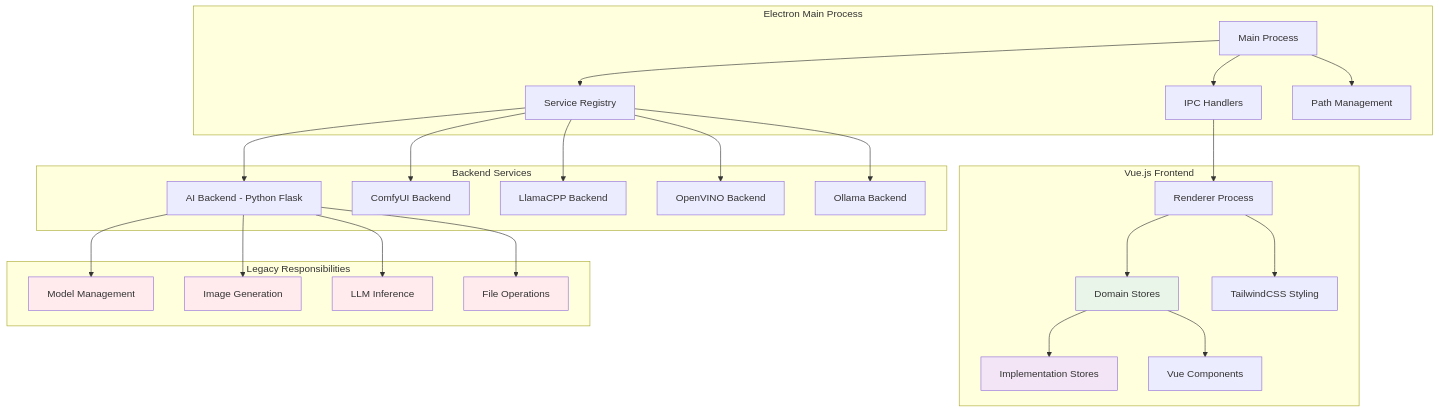
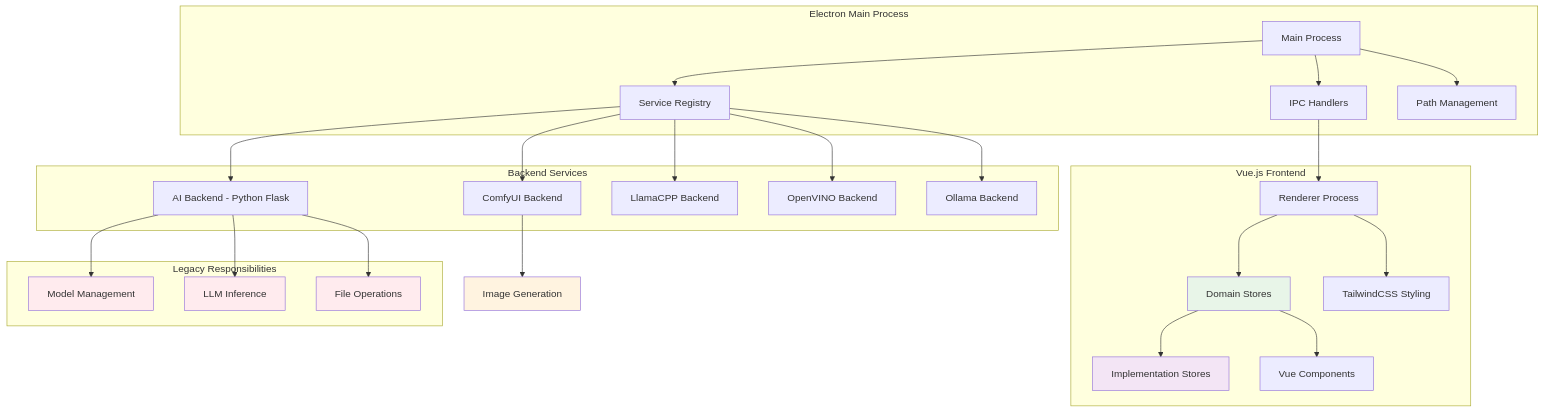
Before and after one commit to intel/AI-Playground: the first of 8 diagrams in AGENTS.md, drawn with Mermaid. The commit also changed other lines of this file and 358 other files, not shown here.

````diff
--- a/AGENTS.md
+++ b/AGENTS.md
@@ -28,59 +28,58 @@
 ```mermaid
 graph TB
     subgraph "Electron Main Process"
         A[Main Process]
         A1[IPC Handlers]
         A2[Service Registry]
         A3[Path Management]
     end
     
     subgraph "Vue.js Frontend"
         B[Renderer Process]
         B1[Domain Stores]
         B2[Implementation Stores]
         B3[Vue Components]
         B4[TailwindCSS Styling]
     end
     
     subgraph "Backend Services"
         C[AI Backend - Python Flask]
         D[ComfyUI Backend]
         E[LlamaCPP Backend]
         F[OpenVINO Backend]
         G[Ollama Backend]
     end
     
     subgraph "Legacy Responsibilities"
         H[Model Management]
-        I[Image Generation]
         J[LLM Inference]
         K[File Operations]
     end
     
     A --> A1
     A --> A2
     A --> A3
     A1 --> B
     A2 --> C
     A2 --> D
     A2 --> E
     A2 --> F
     A2 --> G
     
     B --> B1
     B1 --> B2
     B1 --> B3
     B --> B4
     
     C --> H
-    C --> I
     C --> J
     C --> K
+    D --> I[Image Generation]
     
     style H fill:#ffebee
-    style I fill:#ffebee
     style J fill:#ffebee
     style K fill:#ffebee
+    style I fill:#fff3e0
     style B1 fill:#e8f5e8
     style B2 fill:#f3e5f5
 ```
````
